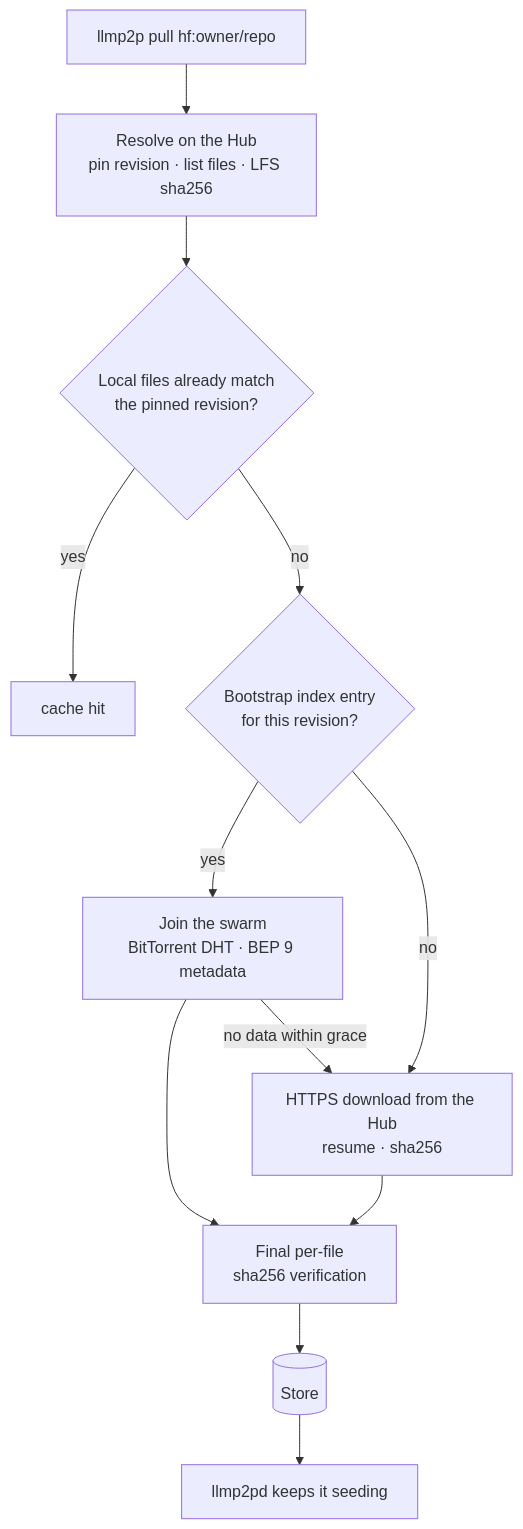
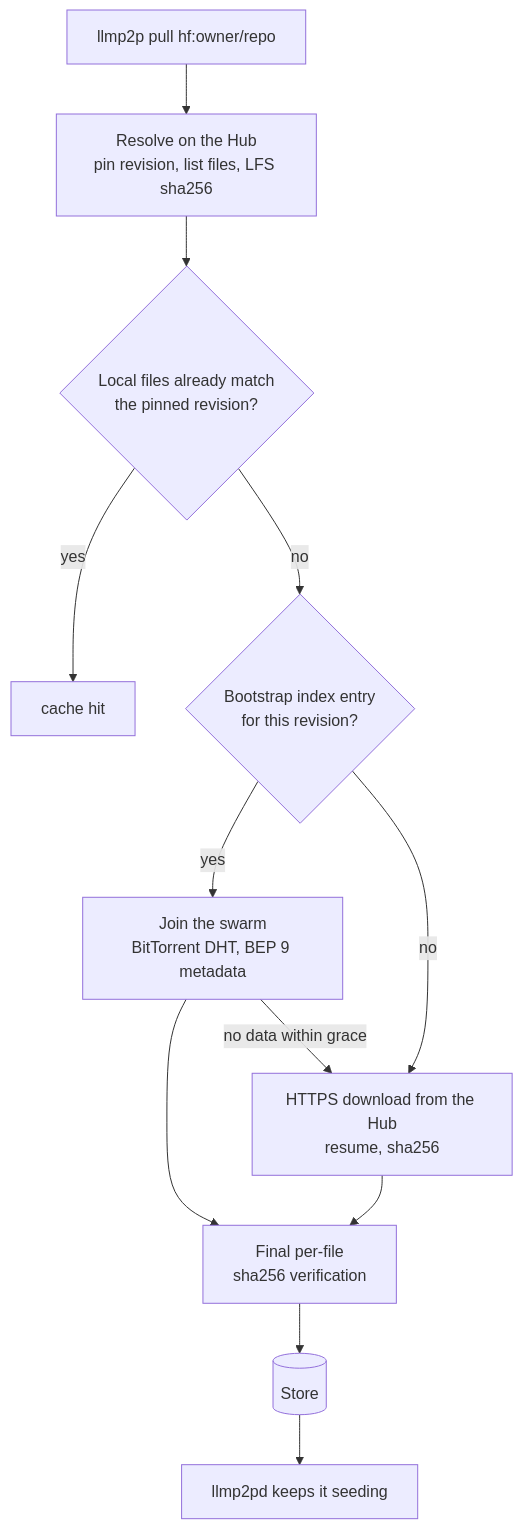
The diagram in README.md (log0u7/llmp2p), drawn with Mermaid before and after one commit. The commit also changed 3 other files, not shown here.

First line of the commit message:
docs: normalize mermaid to github-compatible syntax

````diff
--- a/README.md
+++ b/README.md
@@ -60,14 +60,14 @@
 ```mermaid
 flowchart TD
-    A["llmp2p pull hf:owner/repo"] --> B["Resolve on the Hub<br/>pin revision · list files · LFS sha256"]
-    B --> C{"Local files already match<br/>the pinned revision?"}
-    C -- "yes" --> Z["cache hit"]
-    C -- "no" --> D{"Bootstrap index entry<br/>for this revision?"}
-    D -- "yes" --> E["Join the swarm<br/>BitTorrent DHT · BEP 9 metadata"]
-    E -- "no data within grace" --> F
-    D -- "no" --> F["HTTPS download from the Hub<br/>resume · sha256"]
-    E --> G["Final per-file<br/>sha256 verification"]
+    A["llmp2p pull hf:owner/repo"] --> B["Resolve on the Hub<br>pin revision, list files, LFS sha256"]
+    B --> C{"Local files already match<br>the pinned revision?"}
+    C -->|yes| Z["cache hit"]
+    C -->|no| D{"Bootstrap index entry<br>for this revision?"}
+    D -->|yes| E["Join the swarm<br>BitTorrent DHT, BEP 9 metadata"]
+    E -->|"no data within grace"| F
+    D -->|no| F["HTTPS download from the Hub<br>resume, sha256"]
+    E --> G["Final per-file<br>sha256 verification"]
     F --> G
     G --> H[("Store")]
     H --> I["llmp2pd keeps it seeding"]
 ```
````
